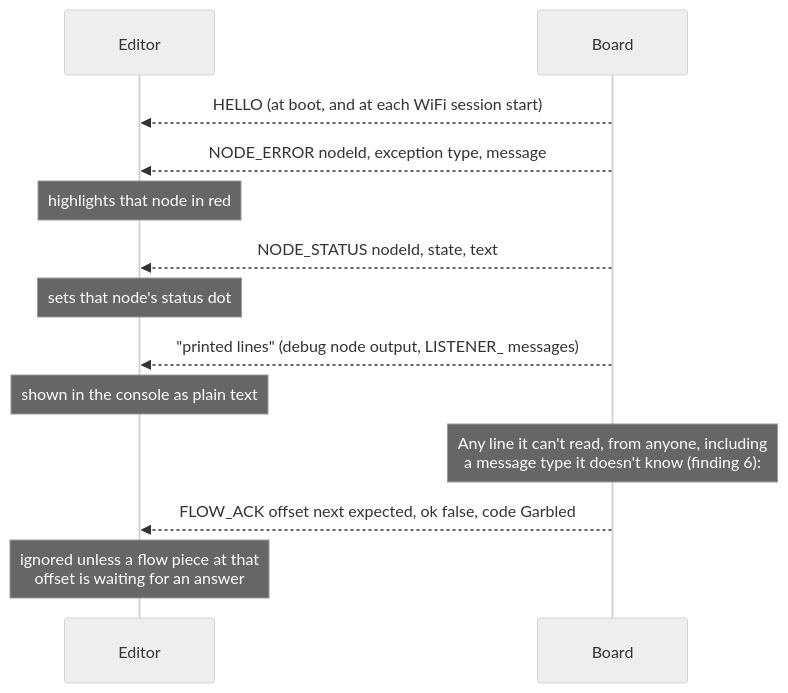
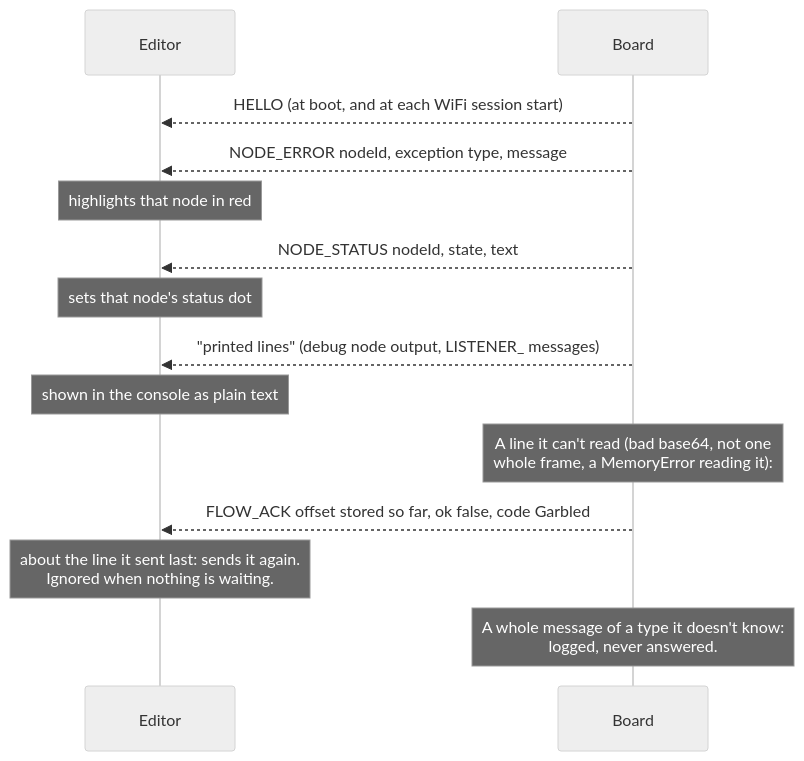
One commit to mkarliner/ThingStudio changed the tenth of 11 diagrams in interfaces/protocol/SEQUENCES.md. Above: the diagram before and after it, drawn with Mermaid (neutral theme). The commit also changed other lines of this file and 8 other files, not shown here.

First line of the commit message:
docs: protocol diagrams, coverage, decisions and follow-up review for SPEC §7

````diff
--- a/interfaces/protocol/SEQUENCES.md
+++ b/interfaces/protocol/SEQUENCES.md
@@ -316,15 +319,16 @@
 ```mermaid
 sequenceDiagram
     participant E as Editor
     participant B as Board
     B-->>E: HELLO (at boot, and at each WiFi session start)
     B-->>E: NODE_ERROR nodeId, exception type, message
     Note over E: highlights that node in red
     B-->>E: NODE_STATUS nodeId, state, text
     Note over E: sets that node's status dot
     B-->>E: "printed lines" (debug node output, LISTENER_ messages)
     Note over E: shown in the console as plain text
-    Note over B: Any line it can't read, from anyone, including<br/>a message type it doesn't know (finding 6):
-    B-->>E: FLOW_ACK offset next expected, ok false, code Garbled
-    Note over E: ignored unless a flow piece at that<br/>offset is waiting for an answer
+    Note over B: A line it can't read (bad base64, not one<br/>whole frame, a MemoryError reading it):
+    B-->>E: FLOW_ACK offset stored so far, ok false, code Garbled
+    Note over E: about the line it sent last: sends it again.<br/>Ignored when nothing is waiting.
+    Note over B: A whole message of a type it doesn't know:<br/>logged, never answered.
 ```
````
